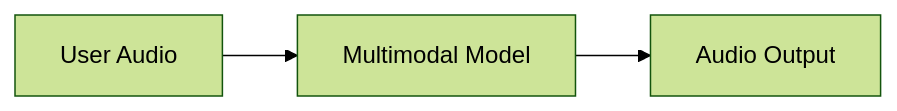
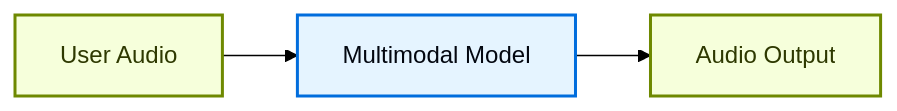
Before and after one commit to olorehq/olore: the second of 2 diagrams in vault/packages/langchain/latest/contents/langchain/voice-agent.mdx, drawn with Mermaid (forest theme). The commit also changed other lines of this file and 14210 other files, not shown here.

````diff
--- a/vault/packages/langchain/latest/contents/langchain/voice-agent.mdx
+++ b/vault/packages/langchain/latest/contents/langchain/voice-agent.mdx
@@ -59,5 +65,11 @@
 ```mermaid
 flowchart LR
     A[User Audio] --> B[Multimodal Model]
     B --> C[Audio Output]
+
+    classDef trigger fill:#F6FFDB,stroke:#6E8900,stroke-width:2px,color:#2E3900
+    classDef process fill:#E5F4FF,stroke:#006DDD,stroke-width:2px,color:#030710
+
+    class A,C trigger
+    class B process
 ```
````
